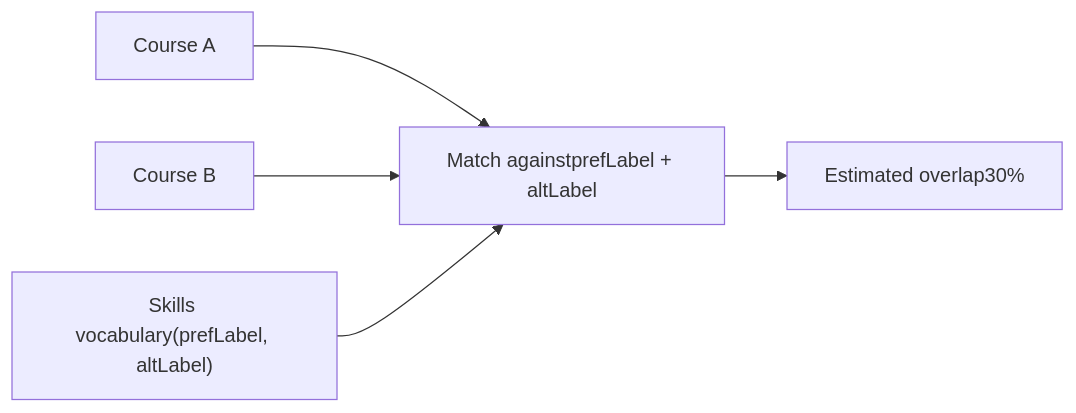
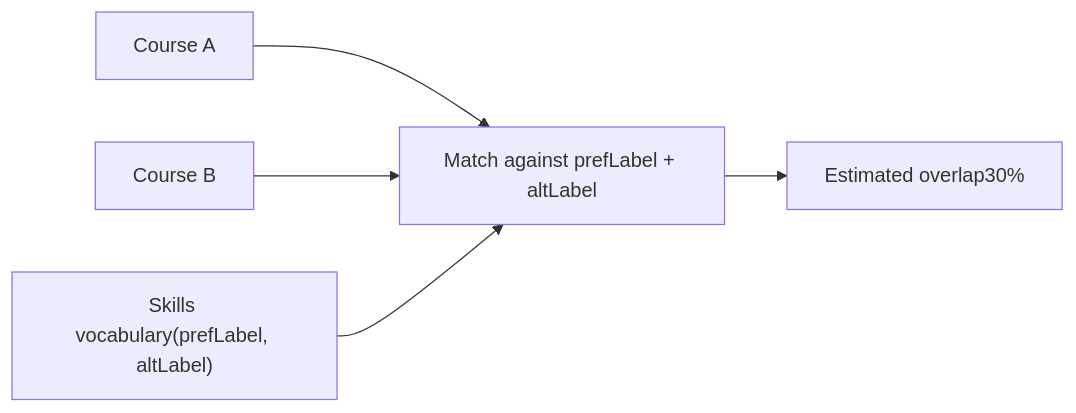
Before and after one commit to leskneebone/skills-SPARQL: diagram 12 of 18 in reports/creditTransfer.md, drawn with Mermaid. The commit also changed other lines of this file, not shown here.

````diff
--- a/reports/creditTransfer.md
+++ b/reports/creditTransfer.md
@@ -128,7 +128,7 @@
 ```mermaid
 flowchart LR
-  A["Course A"] --> M["Match againstprefLabel + altLabel"]
+  A["Course A"] --> M["Match against prefLabel + altLabel"]
   B["Course B"] --> M
   S["Skills vocabulary(prefLabel, altLabel)"] --> M
   M --> O["Estimated overlap30%"]
 ```
````
